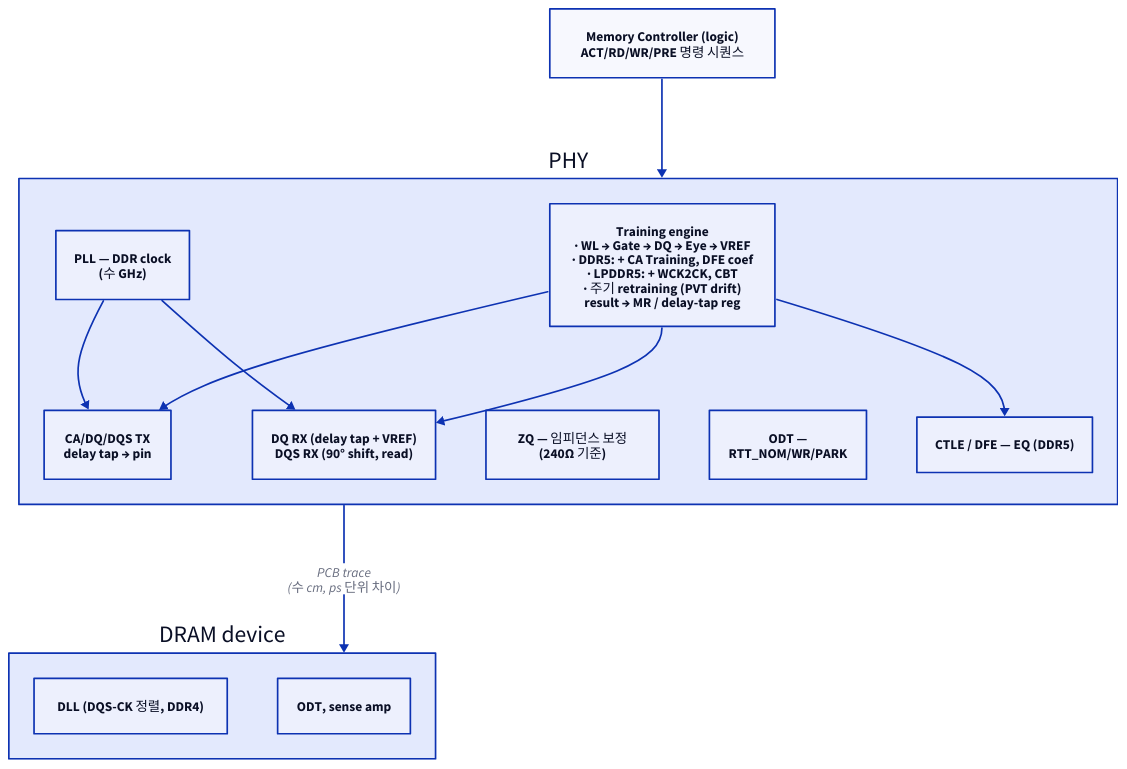
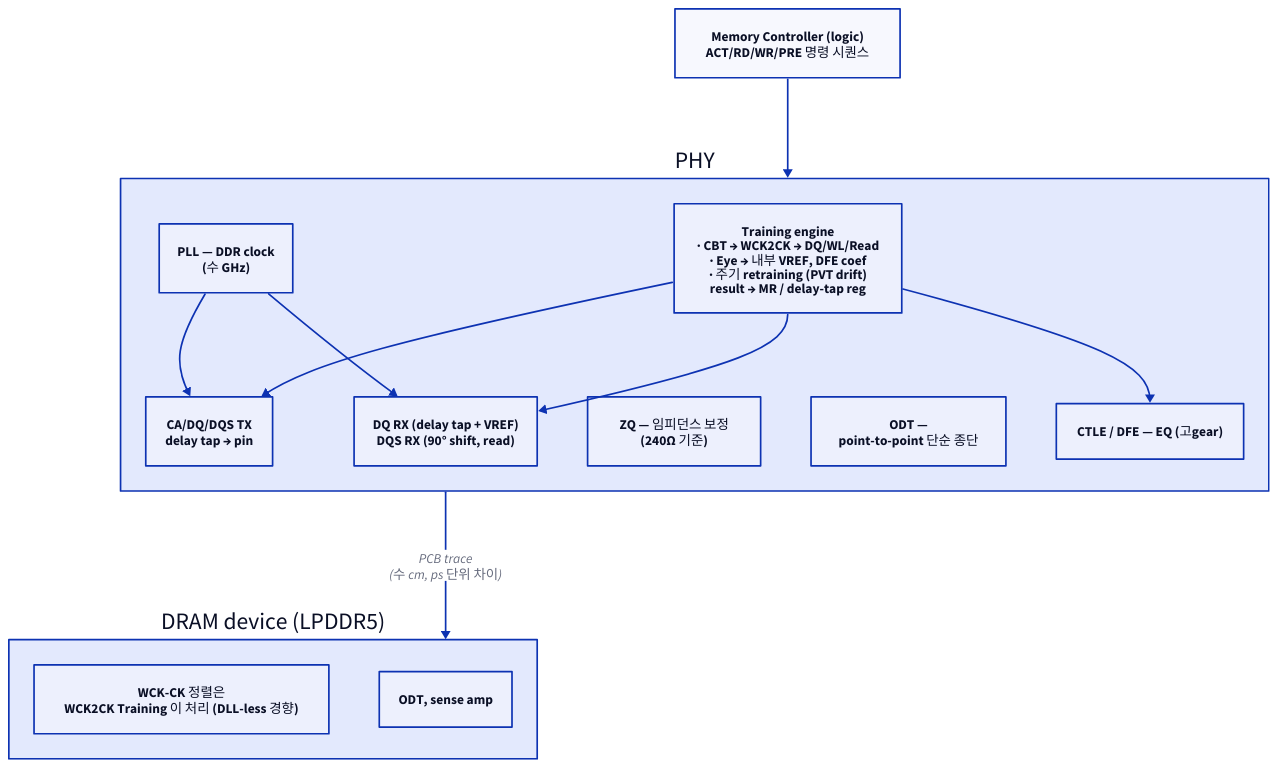
One commit to humbleowl39/DV_SKOOL changed the first of 3 diagrams in starlight_site/src/content/docs/dram_ddr/03_memory_interface_phy.md. Above: the diagram before and after it, drawn with D2. The commit also changed other lines of this file and 5 other files, not shown here.

First line of the commit message:
docs(dram): LPDDR5-only reframe of DRAM/DDR course + procedural-SV timing + DFI

````diff
--- a/starlight_site/src/content/docs/dram_ddr/03_memory_interface_phy.md
+++ b/starlight_site/src/content/docs/dram_ddr/03_memory_interface_phy.md
@@ -50,26 +50,26 @@
 ```d2
 direction: down
 
 MC: "Memory Controller (logic)\nACT/RD/WR/PRE 명령 시퀀스"
 PHY: "PHY" {
   direction: down
   PLL: "PLL — DDR clock\n(수 GHz)"
   TX: "CA/DQ/DQS TX\ndelay tap → pin"
   RX: "DQ RX (delay tap + VREF)\nDQS RX (90° shift, read)"
   ZQ: "ZQ — 임피던스 보정\n(240Ω 기준)"
-  ODT: "ODT —\nRTT_NOM/WR/PARK"
-  EQ: "CTLE / DFE — EQ (DDR5)"
-  TR: "Training engine\n· WL → Gate → DQ → Eye → VREF\n· DDR5: + CA Training, DFE coef\n· LPDDR5: + WCK2CK, CBT\n· 주기 retraining (PVT drift)\nresult → MR / delay-tap reg"
+  ODT: "ODT —\npoint-to-point 단순 종단"
+  EQ: "CTLE / DFE — EQ (고gear)"
+  TR: "Training engine\n· CBT → WCK2CK → DQ/WL/Read\n· Eye → 내부 VREF, DFE coef\n· 주기 retraining (PVT drift)\nresult → MR / delay-tap reg"
   PLL -> TX
   PLL -> RX
   TR -> TX
   TR -> RX
   TR -> EQ
 }
-DRAM: "DRAM device" {
-  DLL: "DLL (DQS-CK 정렬, DDR4)"
+DRAM: "DRAM device (LPDDR5)" {
+  PHASE: "WCK-CK 정렬은\nWCK2CK Training 이 처리 (DLL-less 경향)"
   SENSE: "ODT, sense amp"
 }
 MC -> PHY
 PHY -> DRAM: "PCB trace\n(수 cm, ps 단위 차이)"
 ```
````
